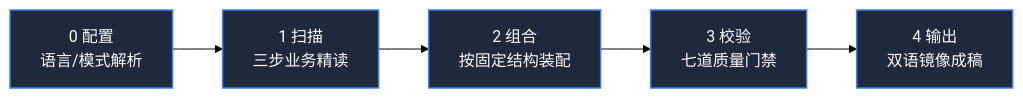
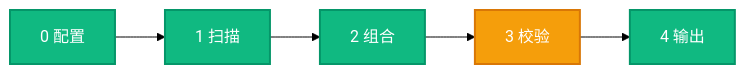
The diagram in README.md (LINJIANG12/general-readme-skill), drawn with Mermaid (forest theme) before and after one commit. The commit also changed 3 other files, not shown here.

First line of the commit message:
fix: stop CJK diagram labels overflowing their node boxes

````diff
--- a/README.md
+++ b/README.md
@@ -136,9 +136,10 @@
 ```mermaid
 flowchart LR
-    P0["0 配置<br/>语言/模式解析"] --> P1["1 扫描<br/>三步业务精读"]
-    P1 --> P2["2 组合<br/>按固定结构装配"]
-    P2 --> P3["3 校验<br/>七道质量门禁"]
-    P3 --> P4["4 输出<br/>双语镜像成稿"]
+    P0["0 配置"] --> P1["1 扫描"] --> P2["2 组合"] --> P3["3 校验"] --> P4["4 输出"]
 
-    classDef default fill:#1e293b,stroke:#3b82f6,stroke-width:1.5px,color:#f8fafc;
+    classDef step fill:#10B981,stroke:#059669,color:#fff,stroke-width:2px
+    classDef gate fill:#F59E0B,stroke:#D97706,color:#fff,stroke-width:2px
+
+    class P0,P1,P2,P4 step
+    class P3 gate
 ```
````
